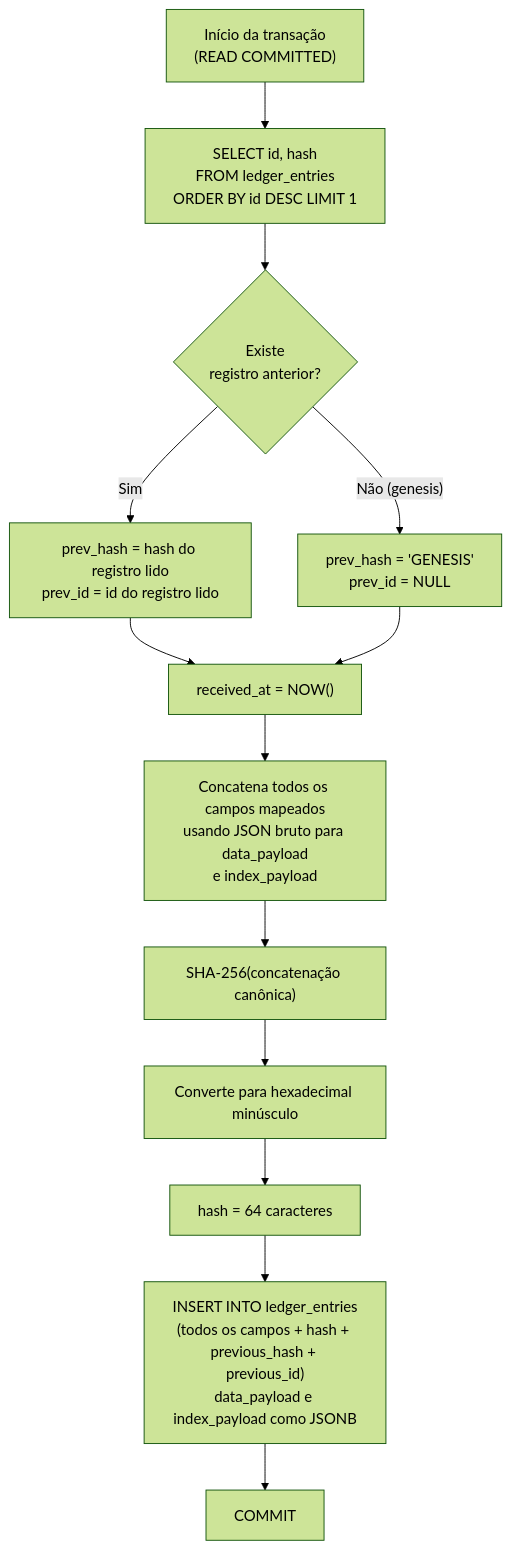
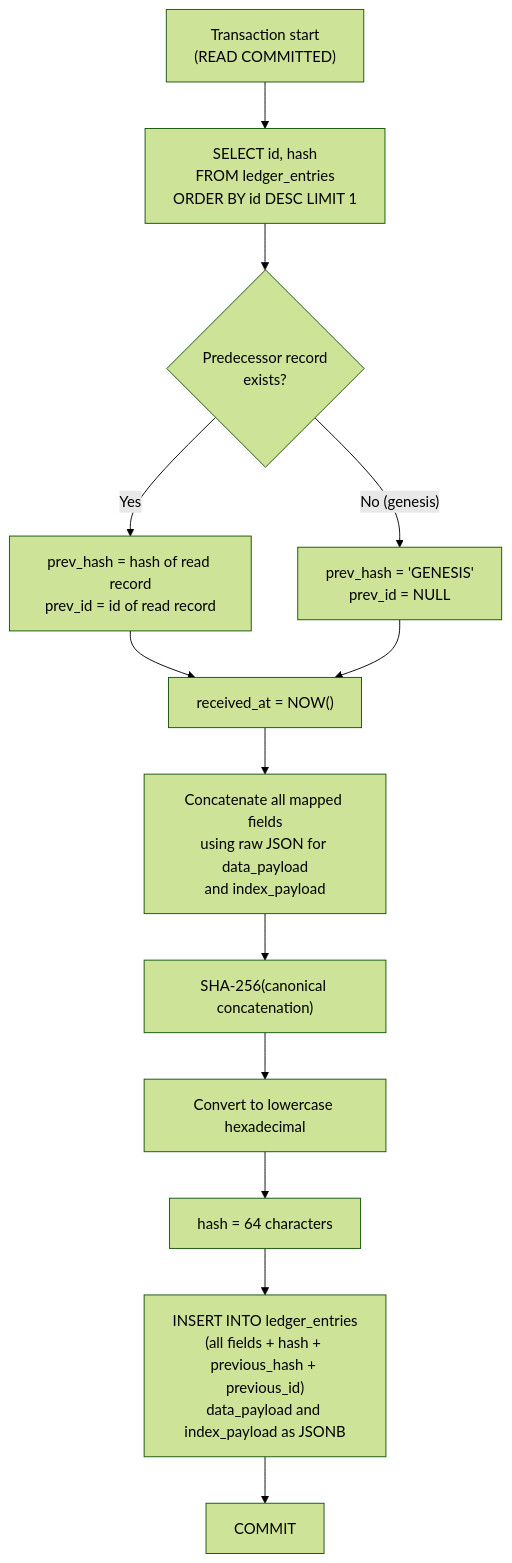
The third of 4 diagrams in docs/Process/Features/FT-03-persistencia-imutavel.md (blogdoft/RavenLedger), drawn with Mermaid (forest theme) before and after one commit. The commit also changed other lines of this file and 12 other files, not shown here.

````diff
--- a/docs/Process/Features/FT-03-persistencia-imutavel.md
+++ b/docs/Process/Features/FT-03-persistencia-imutavel.md
@@ -236,26 +236,26 @@
 ```mermaid
 flowchart TD
-    TX_START["Início da transação<br/>(READ COMMITTED)"]
+    TX_START["Transaction start<br/>(READ COMMITTED)"]
     QUERY["SELECT id, hash<br/>FROM ledger_entries<br/>ORDER BY id DESC LIMIT 1"]
-    HAS_ROW{"Existe<br/>registro anterior?"}
-    PREV_HASH["prev_hash = hash do registro lido<br/>prev_id = id do registro lido"]
+    HAS_ROW{"Predecessor record<br/>exists?"}
+    PREV_HASH["prev_hash = hash of read record<br/>prev_id = id of read record"]
     GENESIS_VAL["prev_hash = 'GENESIS'<br/>prev_id = NULL"]
     NOW_VAL["received_at = NOW()"]
-    CONCAT["Concatena todos os campos mapeados<br/>usando JSON bruto para data_payload<br/>e index_payload"]
-    SHA["SHA-256(concatenação canônica)"]
-    HEX["Converte para hexadecimal minúsculo"]
-    RESULT["hash = 64 caracteres"]
-    INSERT["INSERT INTO ledger_entries<br/>(todos os campos + hash + previous_hash + previous_id)<br/>data_payload e index_payload como JSONB"]
+    CONCAT["Concatenate all mapped fields<br/>using raw JSON for data_payload<br/>and index_payload"]
+    SHA["SHA-256(canonical concatenation)"]
+    HEX["Convert to lowercase hexadecimal"]
+    RESULT["hash = 64 characters"]
+    INSERT["INSERT INTO ledger_entries<br/>(all fields + hash + previous_hash + previous_id)<br/>data_payload and index_payload as JSONB"]
     COMMIT["COMMIT"]
 
     TX_START --> QUERY
     QUERY --> HAS_ROW
-    HAS_ROW -- "Sim" --> PREV_HASH --> NOW_VAL
-    HAS_ROW -- "Não (genesis)" --> GENESIS_VAL --> NOW_VAL
+    HAS_ROW -- "Yes" --> PREV_HASH --> NOW_VAL
+    HAS_ROW -- "No (genesis)" --> GENESIS_VAL --> NOW_VAL
     NOW_VAL --> CONCAT
     CONCAT --> SHA
     SHA --> HEX
     HEX --> RESULT
     RESULT --> INSERT
     INSERT --> COMMIT
 ```
````
